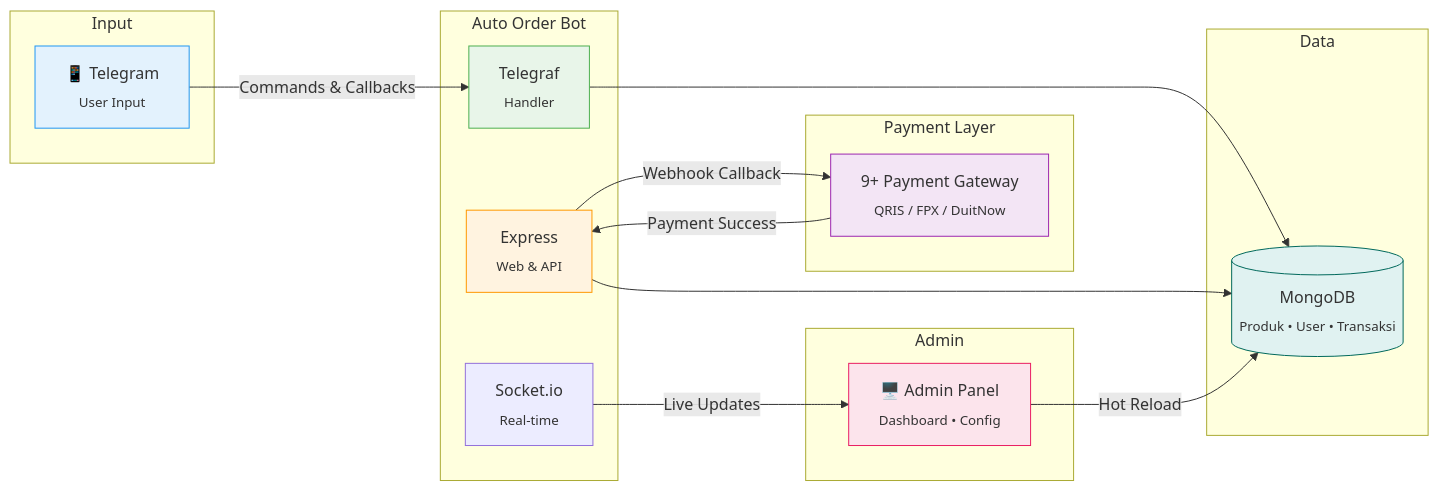
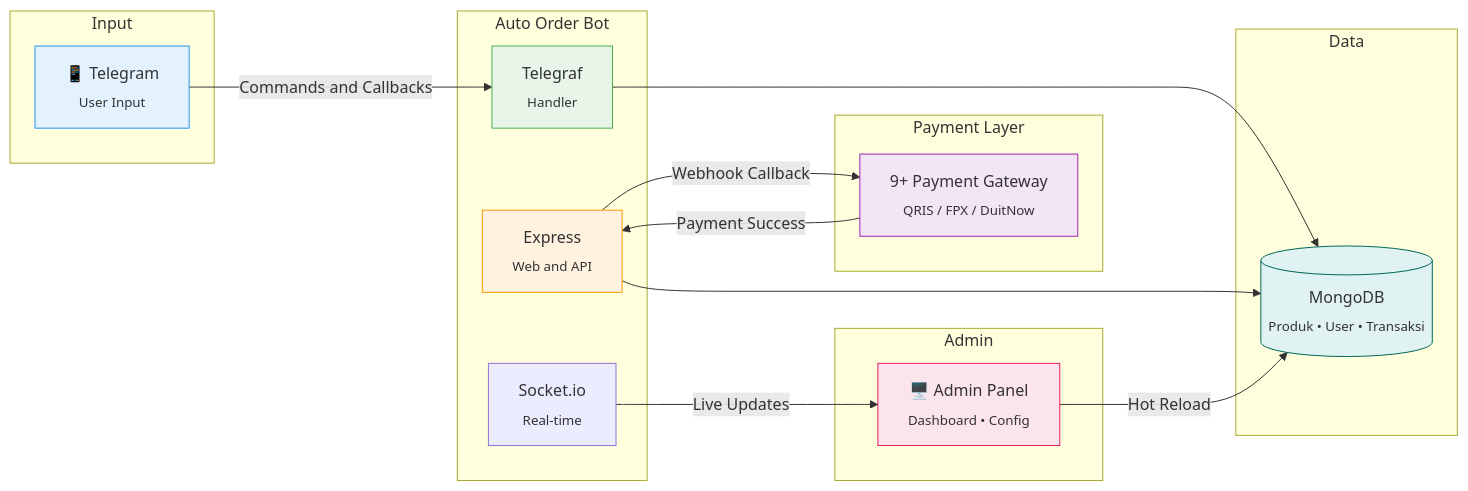
The first of 2 diagrams in README.md (jundy779/Auto_Order_BOT), drawn with Mermaid before and after one commit. The commit also changed other lines of this file, not shown here.

````diff
--- a/README.md
+++ b/README.md
@@ -51,39 +51,39 @@
 ```mermaid
 graph LR
     subgraph Input
         TG[📱 Telegram<br/><sub>User Input</sub>]
     end
     
     subgraph Bot[Auto Order Bot]
         TE[Telegraf<br/><sub>Handler</sub>]
-        EX[Express<br/><sub>Web & API</sub>]
+        EX[Express<br/><sub>Web and API</sub>]
         SO[Socket.io<br/><sub>Real-time</sub>]
     end
     
     subgraph Payment[Payment Layer]
         PG[9+ Payment Gateway<br/><sub>QRIS / FPX / DuitNow</sub>]
     end
     
     subgraph Data
         DB[(MongoDB<br/><sub>Produk • User • Transaksi</sub>)]
     end
     
     subgraph Admin
         AP[🖥️ Admin Panel<br/><sub>Dashboard • Config</sub>]
     end
     
-    TG -->|Commands & Callbacks| TE
+    TG -->|Commands and Callbacks| TE
     TE --> DB
     EX -->|Webhook Callback| PG
     PG -->|Payment Success| EX
     EX --> DB
     AP -->|Hot Reload| DB
     SO -->|Live Updates| AP
     
     style TG fill:#e3f2fd,stroke:#2196f3
     style TE fill:#e8f5e9,stroke:#4caf50
     style EX fill:#fff3e0,stroke:#ff9800
     style PG fill:#f3e5f5,stroke:#9c27b0
     style DB fill:#e0f2f1,stroke:#00695c
     style AP fill:#fce4ec,stroke:#e91e63
 ```
````
